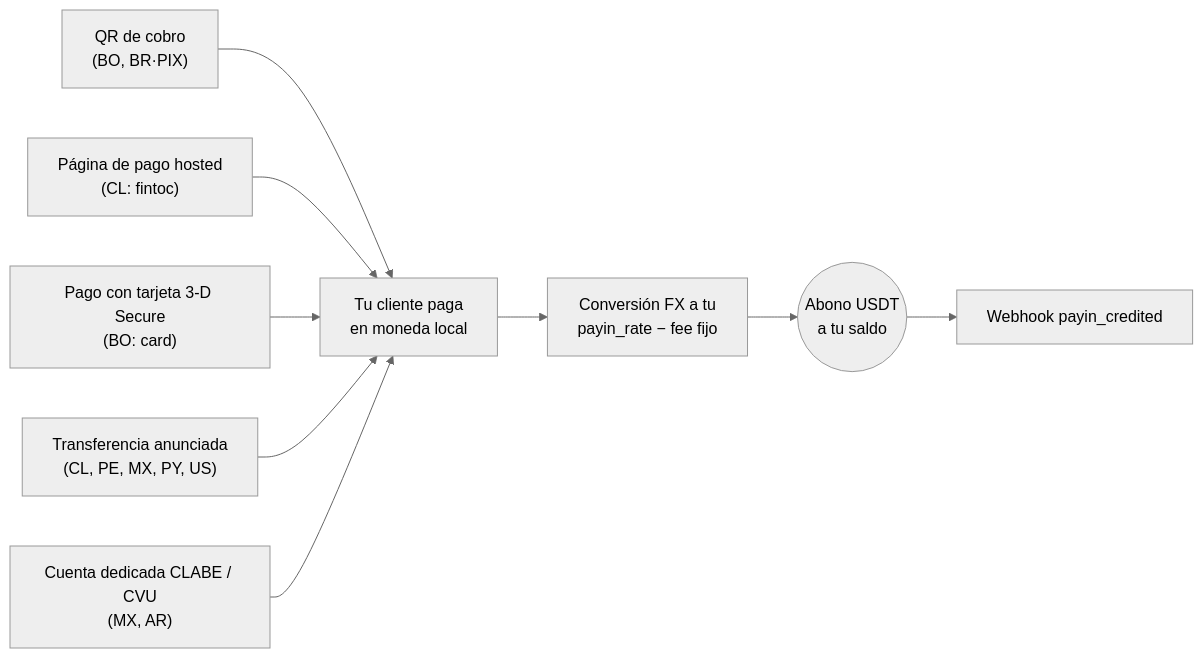
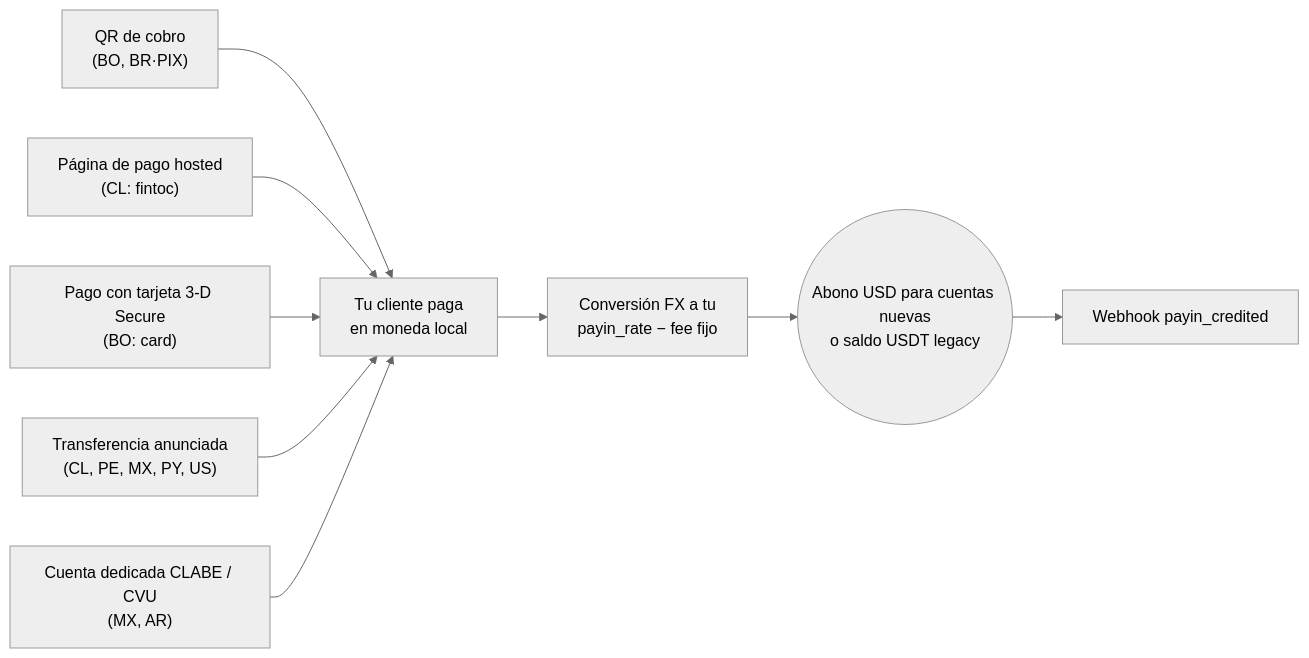
The diagram in es/guias/payins.mdx (CBpayapp/cbpay-docs), drawn with Mermaid (neutral theme) before and after one commit. The commit also changed other lines of this file and 93 other files, not shown here.

````diff
--- a/es/guias/payins.mdx
+++ b/es/guias/payins.mdx
@@ -39,11 +38,11 @@
 ```mermaid
 flowchart LR
     qr["QR de cobro<br/>(BO, BR·PIX)"] --> pago["Tu cliente paga<br/>en moneda local"]
     hosted["Página de pago hosted<br/>(CL: fintoc)"] --> pago
     card["Pago con tarjeta 3-D Secure<br/>(BO: card)"] --> pago
     anunciada["Transferencia anunciada<br/>(CL, PE, MX, PY, US)"] --> pago
     clabe["Cuenta dedicada CLABE / CVU<br/>(MX, AR)"] --> pago
     pago --> conv["Conversión FX a tu<br/>payin_rate − fee fijo"]
-    conv --> credito(("Abono USDT<br/>a tu saldo"))
+    conv --> credito(("Abono USD para cuentas nuevas<br/>o saldo USDT legacy"))
     credito --> wh["Webhook payin_credited"]
 ```
````
